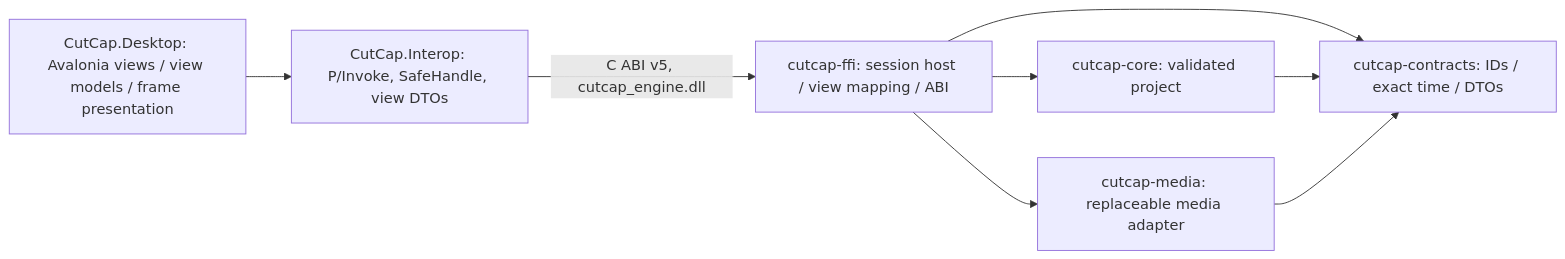
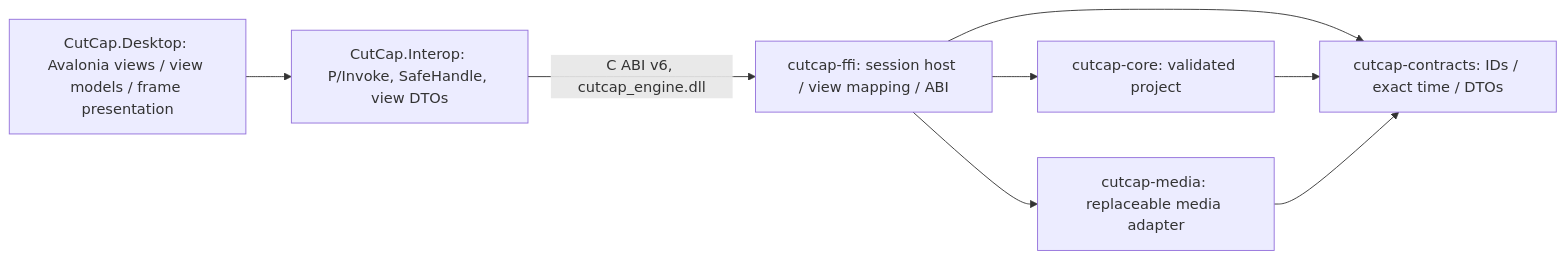
One commit to ayzeeyan/cutcap changed the diagram in docs/ARCHITECTURE.md. Above: the diagram before and after it, drawn with Mermaid. The commit also changed other lines of this file and 30 other files, not shown here.

Commit message:
feat(engine): add bounded video-only timeline transport

````diff
--- a/docs/ARCHITECTURE.md
+++ b/docs/ARCHITECTURE.md
@@ -9,10 +40,10 @@
 ```mermaid
 flowchart LR
   Desktop[CutCap.Desktop: Avalonia views / view models / frame presentation] --> Interop[CutCap.Interop: P/Invoke, SafeHandle, view DTOs]
-  Interop -- C ABI v5, cutcap_engine.dll --> Ffi[cutcap-ffi: session host / view mapping / ABI]
+  Interop -- C ABI v6, cutcap_engine.dll --> Ffi[cutcap-ffi: session host / view mapping / ABI]
   Ffi --> Core[cutcap-core: validated project]
   Ffi --> Media[cutcap-media: replaceable media adapter]
   Ffi --> Contracts[cutcap-contracts: IDs / exact time / DTOs]
   Core --> Contracts
   Media --> Contracts
 ```
````
